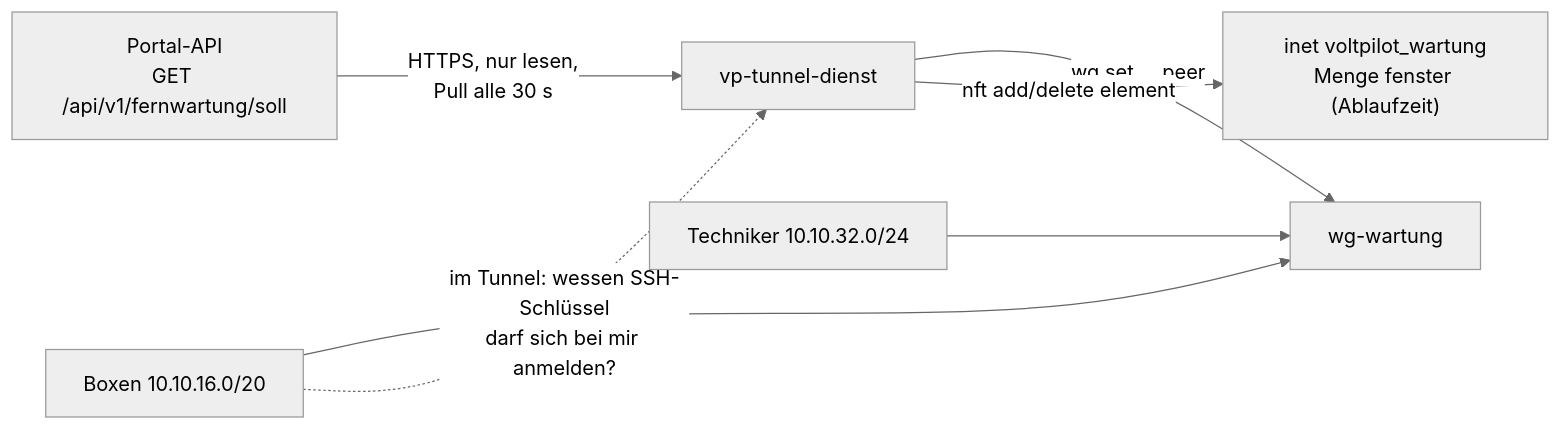
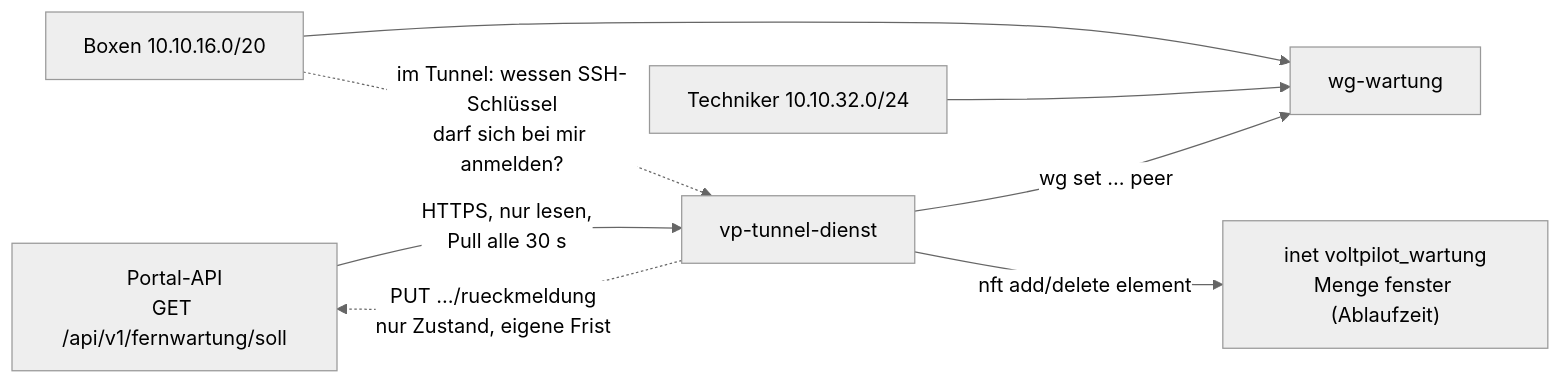
The diagram in services/tunnel-dienst/README.md (Rayleigh3105/voltpilot-ems), drawn with Mermaid (neutral theme) before and after one commit. The commit also changed other lines of this file and 48 other files, not shown here.

````diff
--- a/services/tunnel-dienst/README.md
+++ b/services/tunnel-dienst/README.md
@@ -11,9 +12,10 @@
 ```mermaid
 flowchart LR
     api["Portal-API<br/>GET /api/v1/fernwartung/soll"] -->|"HTTPS, nur lesen,<br/>Pull alle 30 s"| dienst["vp-tunnel-dienst"]
     dienst -->|"wg set … peer"| wg["wg-wartung"]
     dienst -->|"nft add/delete element"| nft["inet voltpilot_wartung<br/>Menge fenster (Ablaufzeit)"]
     box["Boxen 10.10.16.0/20"] --> wg
     box -.->|"im Tunnel: wessen SSH-Schlüssel<br/>darf sich bei mir anmelden?"| dienst
+    dienst -.->|"PUT …/rueckmeldung<br/>nur Zustand, eigene Frist"| api
     tech["Techniker 10.10.32.0/24"] --> wg
 ```
````
